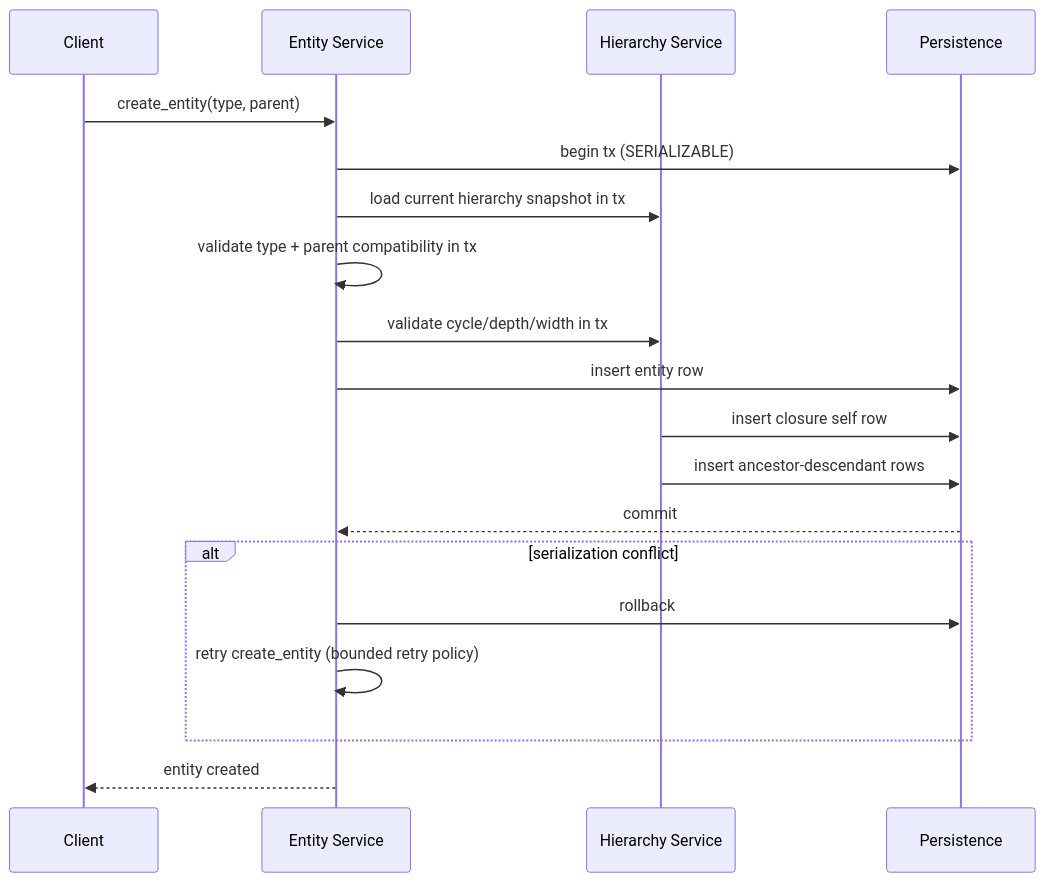
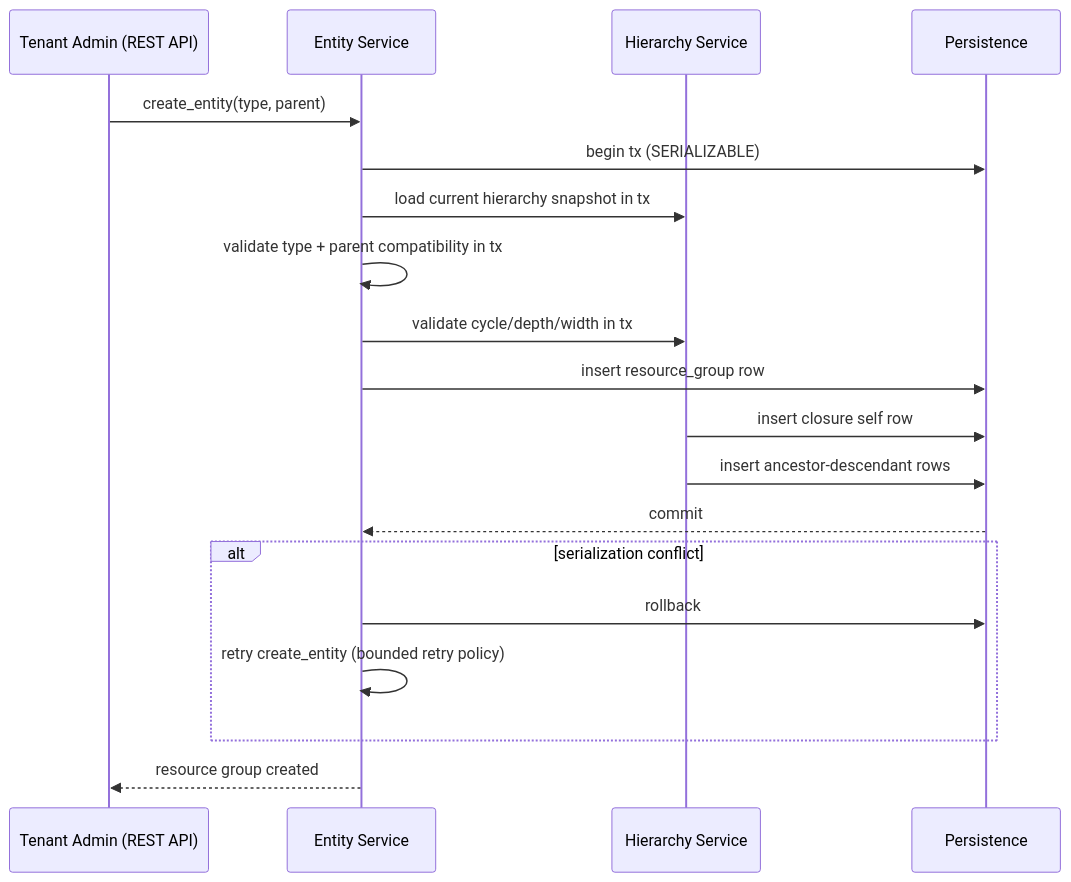
Before and after one commit to ffedoroff/cyberfabric-core: the second of 8 diagrams in modules/system/resource-group/docs/DESIGN.md, drawn with Mermaid. The commit also changed other lines of this file and 1 other file, not shown here.

````diff
--- a/modules/system/resource-group/docs/DESIGN.md
+++ b/modules/system/resource-group/docs/DESIGN.md
@@ -871,22 +873,22 @@
 ```mermaid
 sequenceDiagram
-    participant CL as Client
+    participant TA as Tenant Admin (REST API)
     participant ES as Entity Service
     participant HS as Hierarchy Service
     participant DB as Persistence
 
-    CL->>ES: create_entity(type, parent)
+    TA->>ES: create_entity(type, parent)
     ES->>DB: begin tx (SERIALIZABLE)
     ES->>HS: load current hierarchy snapshot in tx
     ES->>ES: validate type + parent compatibility in tx
     ES->>HS: validate cycle/depth/width in tx
-    ES->>DB: insert entity row
+    ES->>DB: insert resource_group row
     HS->>DB: insert closure self row
     HS->>DB: insert ancestor-descendant rows
     DB-->>ES: commit
     alt serialization conflict
         ES->>DB: rollback
         ES->>ES: retry create_entity (bounded retry policy)
     end
-    ES-->>CL: entity created
+    ES-->>TA: resource group created
 ```
````
